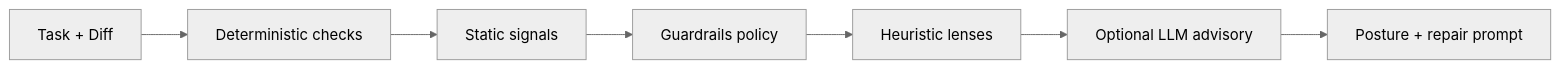
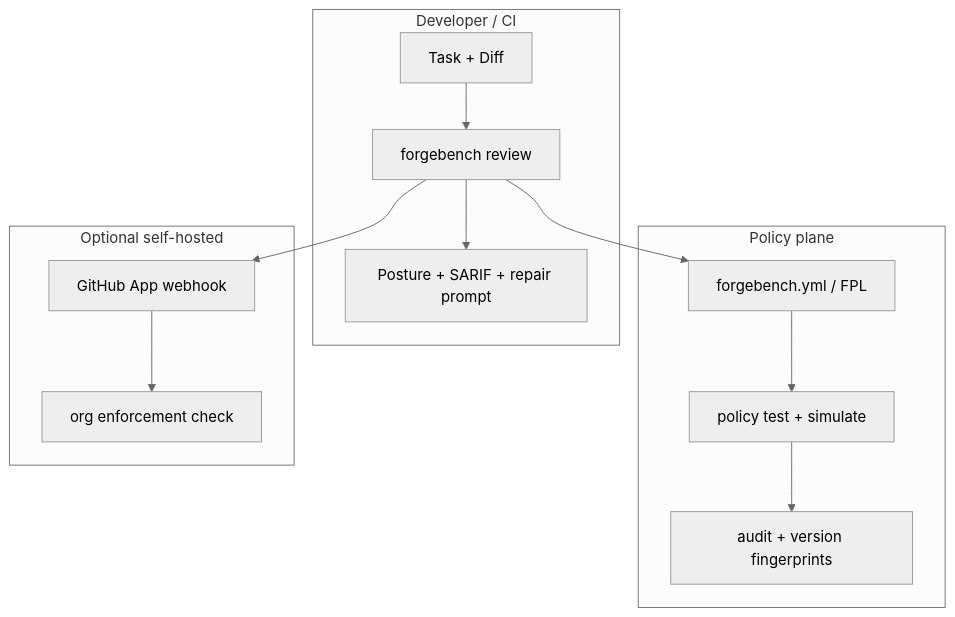
Before and after one commit to caissonhq/forgebench: the diagram in docs/marketing-home.md, drawn with Mermaid (neutral theme). The commit also changed other lines of this file and 3 other files, not shown here.

First line of the commit message:
docs: EO-010 marketing refresh, roadmap, and contribution program

````diff
--- a/docs/marketing-home.md
+++ b/docs/marketing-home.md
@@ -23,9 +25,16 @@
 ```mermaid
-flowchart LR
-  A[Task + Diff] --> B[Deterministic checks]
-  B --> C[Static signals]
-  C --> D[Guardrails policy]
-  D --> E[Heuristic lenses]
-  E --> F[Optional LLM advisory]
-  F --> G[Posture + repair prompt]
+flowchart TB
+  subgraph dev [Developer / CI]
+    A[Task + Diff] --> B[forgebench review]
+    B --> C[Posture + SARIF + repair prompt]
+  end
+  subgraph policy [Policy plane]
+    D[forgebench.yml / FPL] --> E[policy test + simulate]
+    E --> F[audit + version fingerprints]
+  end
+  subgraph org [Optional self-hosted]
+    G[GitHub App webhook] --> H[org enforcement check]
+  end
+  B --> D
+  B --> G
 ```
````
